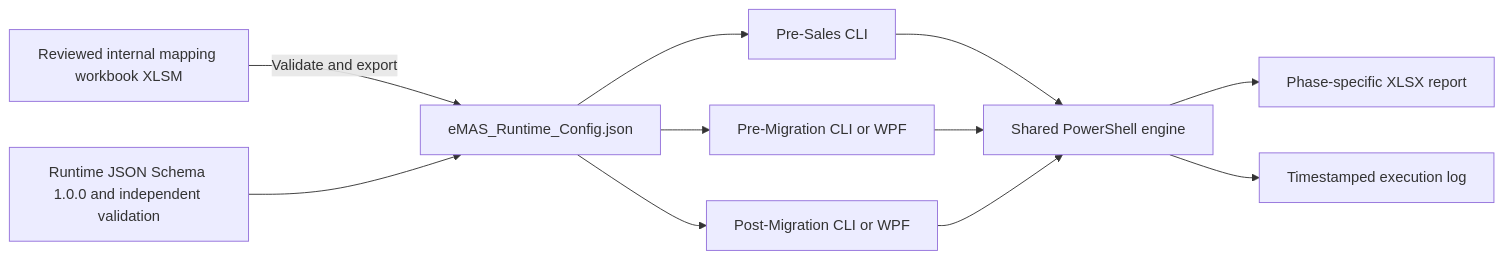
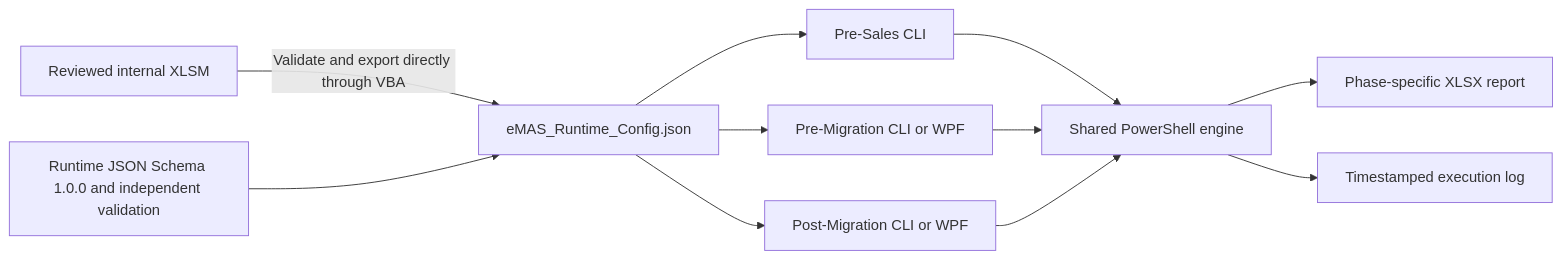
Before and after one commit to MightyM-ouse/eMAS: the diagram in README.md, drawn with Mermaid. The commit also changed other lines of this file and 54 other files, not shown here.

Commit message:
Complete XLSM/VBA POC source and automated conformance

````diff
--- a/README.md
+++ b/README.md
@@ -11,13 +11,13 @@
 ```mermaid
 flowchart LR
-    A[Reviewed internal mapping workbook XLSM] -->|Validate and export| B[eMAS_Runtime_Config.json]
+    A[Reviewed internal XLSM] -->|Validate and export directly through VBA| B[eMAS_Runtime_Config.json]
     S[Runtime JSON Schema 1.0.0 and independent validation] --> B
     B --> C[Pre-Sales CLI]
     B --> D[Pre-Migration CLI or WPF]
     B --> E[Post-Migration CLI or WPF]
     C --> F[Shared PowerShell engine]
     D --> F
     E --> F
     F --> G[Phase-specific XLSX report]
     F --> H[Timestamped execution log]
 ```
````
